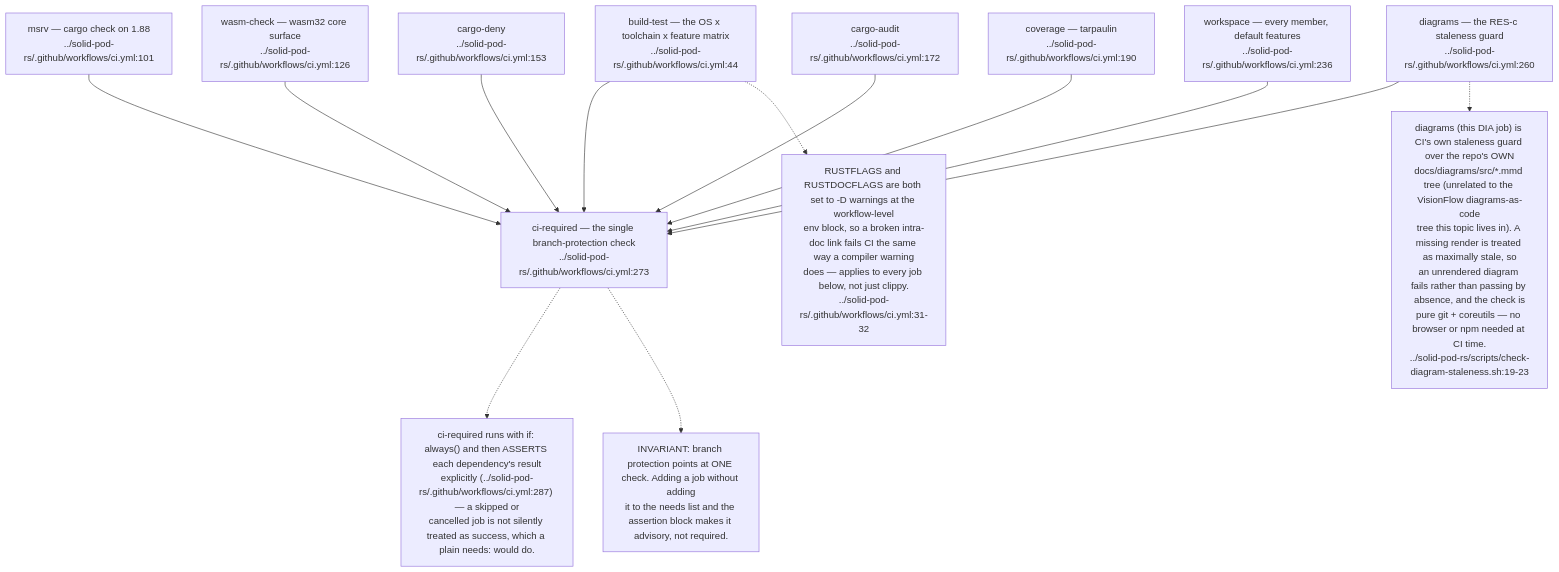
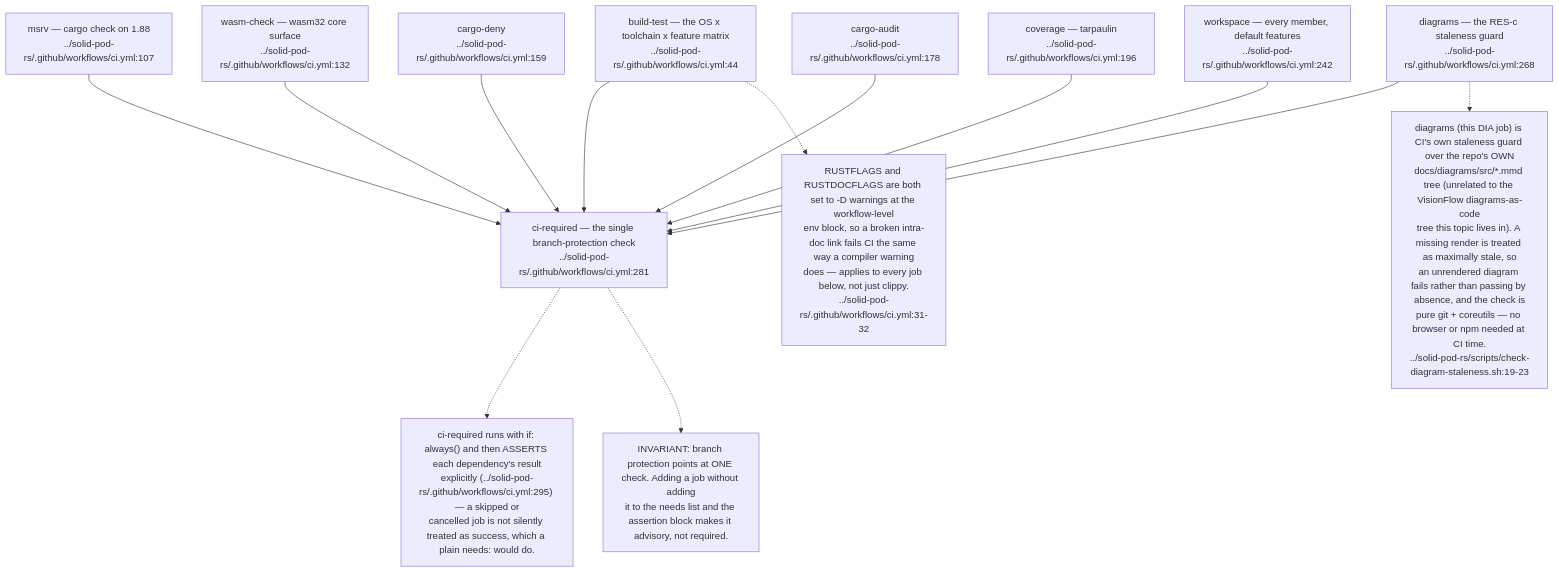
Before and after one commit to DreamLab-AI/VisionFlow: the first of 9 diagrams in docs/diagrams/solid-pod-rs/09-ci-release-and-consumer-pins.md, drawn with Mermaid. The commit also changed other lines of this file and 111 other files, not shown here.

Commit message:
docs(diagrams): align estate maps with current source

````diff
--- a/docs/diagrams/solid-pod-rs/09-ci-release-and-consumer-pins.md
+++ b/docs/diagrams/solid-pod-rs/09-ci-release-and-consumer-pins.md
@@ -36,30 +36,30 @@
 ```mermaid
 flowchart TD
     BT["build-test — the OS x toolchain x feature matrix<br/>../solid-pod-rs/.github/workflows/ci.yml:44"]
-    MSRV["msrv — cargo check on 1.88<br/>../solid-pod-rs/.github/workflows/ci.yml:101"]
-    WASM["wasm-check — wasm32 core surface<br/>../solid-pod-rs/.github/workflows/ci.yml:126"]
-    DENY["cargo-deny<br/>../solid-pod-rs/.github/workflows/ci.yml:153"]
-    AUDIT["cargo-audit<br/>../solid-pod-rs/.github/workflows/ci.yml:172"]
-    COV["coverage — tarpaulin<br/>../solid-pod-rs/.github/workflows/ci.yml:190"]
-    WS["workspace — every member, default features<br/>../solid-pod-rs/.github/workflows/ci.yml:236"]
-    DIA["diagrams — the RES-c staleness guard<br/>../solid-pod-rs/.github/workflows/ci.yml:260"]
-    REQ["ci-required — the single branch-protection check<br/>../solid-pod-rs/.github/workflows/ci.yml:273"]
+    MSRV["msrv — cargo check on 1.88<br/>../solid-pod-rs/.github/workflows/ci.yml:107"]
+    WASM["wasm-check — wasm32 core surface<br/>../solid-pod-rs/.github/workflows/ci.yml:132"]
+    DENY["cargo-deny<br/>../solid-pod-rs/.github/workflows/ci.yml:159"]
+    AUDIT["cargo-audit<br/>../solid-pod-rs/.github/workflows/ci.yml:178"]
+    COV["coverage — tarpaulin<br/>../solid-pod-rs/.github/workflows/ci.yml:196"]
+    WS["workspace — every member, default features<br/>../solid-pod-rs/.github/workflows/ci.yml:242"]
+    DIA["diagrams — the RES-c staleness guard<br/>../solid-pod-rs/.github/workflows/ci.yml:268"]
+    REQ["ci-required — the single branch-protection check<br/>../solid-pod-rs/.github/workflows/ci.yml:281"]
 
     BT --> REQ
     MSRV --> REQ
     WASM --> REQ
     DENY --> REQ
     AUDIT --> REQ
     COV --> REQ
     WS --> REQ
     DIA --> REQ
 
-    N["ci-required runs with if: always() and then ASSERTS each dependency's result<br/>explicitly (../solid-pod-rs/.github/workflows/ci.yml:287) — a skipped or<br/>cancelled job is not silently treated as success, which a plain needs: would do."]
+    N["ci-required runs with if: always() and then ASSERTS each dependency's result<br/>explicitly (../solid-pod-rs/.github/workflows/ci.yml:295) — a skipped or<br/>cancelled job is not silently treated as success, which a plain needs: would do."]
     REQ -.-> N
     N2["INVARIANT: branch protection points at ONE check. Adding a job without adding<br/>it to the needs list and the assertion block makes it advisory, not required."]
     REQ -.-> N2
     N3["RUSTFLAGS and RUSTDOCFLAGS are both set to -D warnings at the workflow-level<br/>env block, so a broken intra-doc link fails CI the same way a compiler warning<br/>does — applies to every job below, not just clippy.<br/>../solid-pod-rs/.github/workflows/ci.yml:31-32"]
     BT -.-> N3
     N4["diagrams (this DIA job) is CI's own staleness guard over the repo's OWN<br/>docs/diagrams/src/*.mmd tree (unrelated to the VisionFlow diagrams-as-code<br/>tree this topic lives in). A missing render is treated as maximally stale, so<br/>an unrendered diagram fails rather than passing by absence, and the check is<br/>pure git + coreutils — no browser or npm needed at CI time.<br/>../solid-pod-rs/scripts/check-diagram-staleness.sh:19-23"]
     DIA -.-> N4
 ```
````
